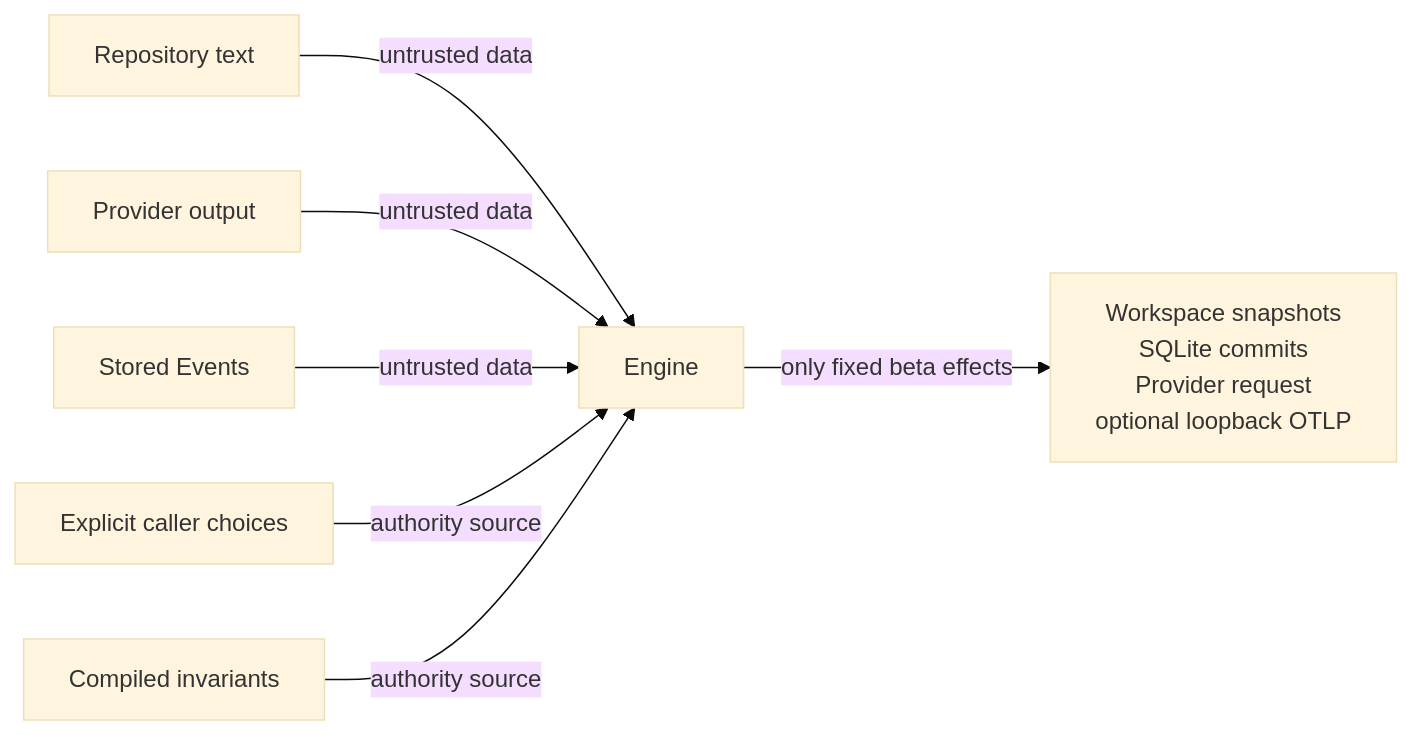
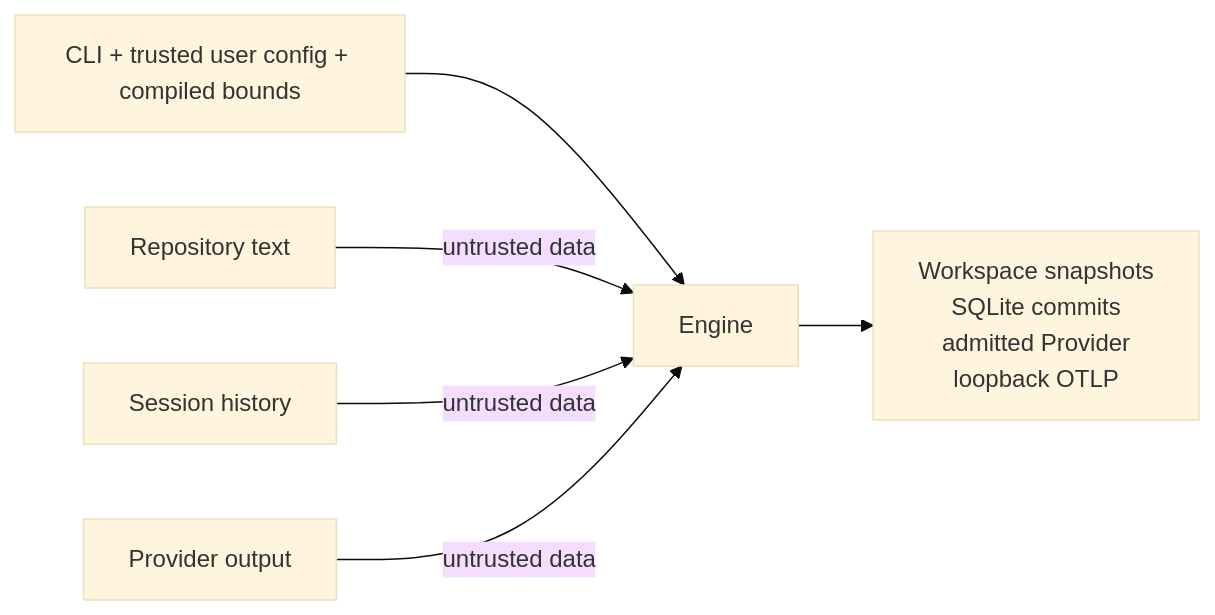
One commit to fpmirabile/arany changed the eighth of 8 diagrams in docs/architecture/arany-conceptual-overview.md. Above: the diagram before and after it, drawn with Mermaid (base theme). The commit also changed other lines of this file and 31 other files, not shown here.

````diff
--- a/docs/architecture/arany-conceptual-overview.md
+++ b/docs/architecture/arany-conceptual-overview.md
@@ -338,9 +264,8 @@
 ```mermaid
 flowchart LR
-    Repo[Repository text] -->|untrusted data| Engine[Engine]
+    Trusted[CLI + trusted user config + compiled bounds] --> Engine[Engine]
+    Repo[Repository text] -->|untrusted data| Engine
+    Session[Session history] -->|untrusted data| Engine
     Model[Provider output] -->|untrusted data| Engine
-    Replay[Stored Events] -->|untrusted data| Engine
-    CLI[Explicit caller choices] -->|authority source| Engine
-    Limits[Compiled invariants] -->|authority source| Engine
-    Engine -->|only fixed beta effects| Allowed[Workspace snapshots<br/>SQLite commits<br/>Provider request<br/>optional loopback OTLP]
+    Engine --> Allowed[Workspace snapshots<br/>SQLite commits<br/>admitted Provider<br/>loopback OTLP]
 ```
````
